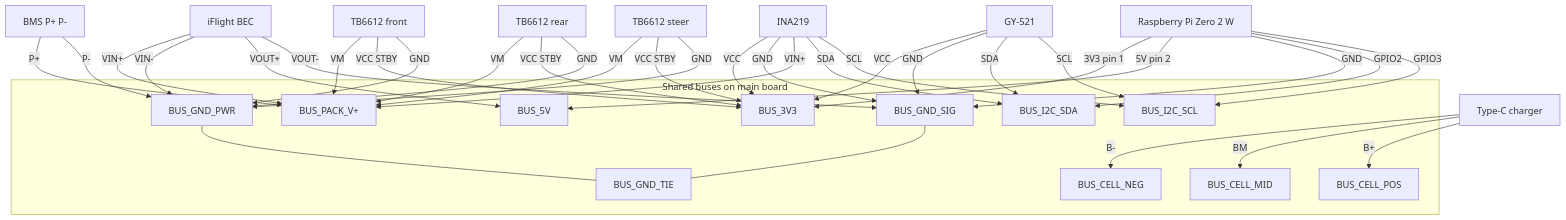
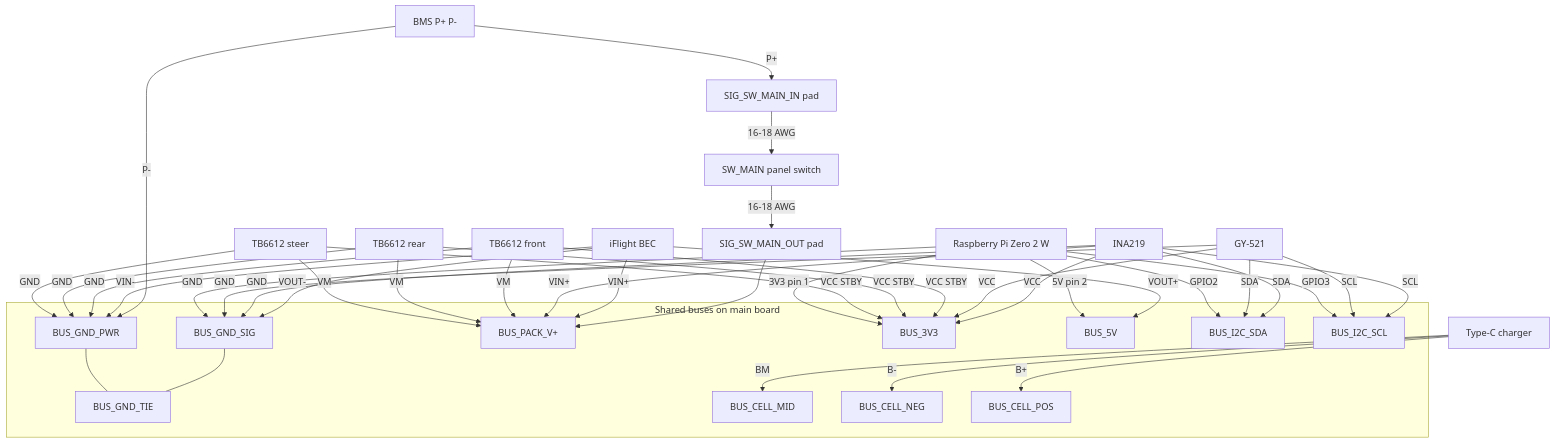
One commit to Aspience/fpv-rover changed the third of 9 diagrams in SCHEMA.md. Above: the diagram before and after it, drawn with Mermaid. The commit also changed other lines of this file, not shown here.

````diff
--- a/SCHEMA.md
+++ b/SCHEMA.md
@@ -125,67 +125,73 @@
 ```mermaid
 flowchart TB
   subgraph buses [Shared buses on main board]
     GND_SIG[BUS_GND_SIG]
     GND_PWR[BUS_GND_PWR]
     GND_TIE[BUS_GND_TIE]
     BUS_PACK[BUS_PACK_V+]
     BUS_3V3[BUS_3V3]
     BUS_5V[BUS_5V]
     BUS_SDA[BUS_I2C_SDA]
     BUS_SCL[BUS_I2C_SCL]
     BUS_MID[BUS_CELL_MID]
     BUS_CNEG[BUS_CELL_NEG]
     BUS_CPOS[BUS_CELL_POS]
   end
 
   BMS[BMS P+ P-]
+  SW_IN[SIG_SW_MAIN_IN pad]
+  SW[SW_MAIN panel switch]
+  SW_OUT[SIG_SW_MAIN_OUT pad]
   BEC[iFlight BEC]
   INA[INA219]
   IMU[GY-521]
   DRV1[TB6612 front]
   DRV2[TB6612 rear]
   DRV3[TB6612 steer]
   CHG[Type-C charger]
   PI[Raspberry Pi Zero 2 W]
 
   GND_SIG --- GND_TIE
   GND_PWR --- GND_TIE
 
-  BMS -->|P+| BUS_PACK
+  BMS -->|P+| SW_IN
+  SW_IN -->|16-18 AWG| SW
+  SW -->|16-18 AWG| SW_OUT
+  SW_OUT --> BUS_PACK
   BMS -->|P-| GND_PWR
   BEC -->|VIN+| BUS_PACK
   BEC -->|VIN-| GND_PWR
   BEC -->|VOUT+| BUS_5V
   BEC -->|VOUT-| GND_SIG
 
   INA -->|VCC| BUS_3V3
   INA -->|GND| GND_SIG
   INA -->|VIN+| BUS_PACK
   INA -->|SDA| BUS_SDA
   INA -->|SCL| BUS_SCL
 
   IMU -->|VCC| BUS_3V3
   IMU -->|GND| GND_SIG
   IMU -->|SDA| BUS_SDA
   IMU -->|SCL| BUS_SCL
 
   DRV1 -->|VM| BUS_PACK
   DRV1 -->|VCC STBY| BUS_3V3
   DRV1 -->|GND| GND_PWR
   DRV2 -->|VM| BUS_PACK
   DRV2 -->|VCC STBY| BUS_3V3
   DRV2 -->|GND| GND_PWR
   DRV3 -->|VM| BUS_PACK
   DRV3 -->|VCC STBY| BUS_3V3
   DRV3 -->|GND| GND_PWR
 
   CHG -->|B-| BUS_CNEG
   CHG -->|BM| BUS_MID
   CHG -->|B+| BUS_CPOS
 
   PI -->|3V3 pin 1| BUS_3V3
   PI -->|5V pin 2| BUS_5V
   PI -->|GND| GND_SIG
   PI -->|GPIO2| BUS_SDA
   PI -->|GPIO3| BUS_SCL
 ```
````
